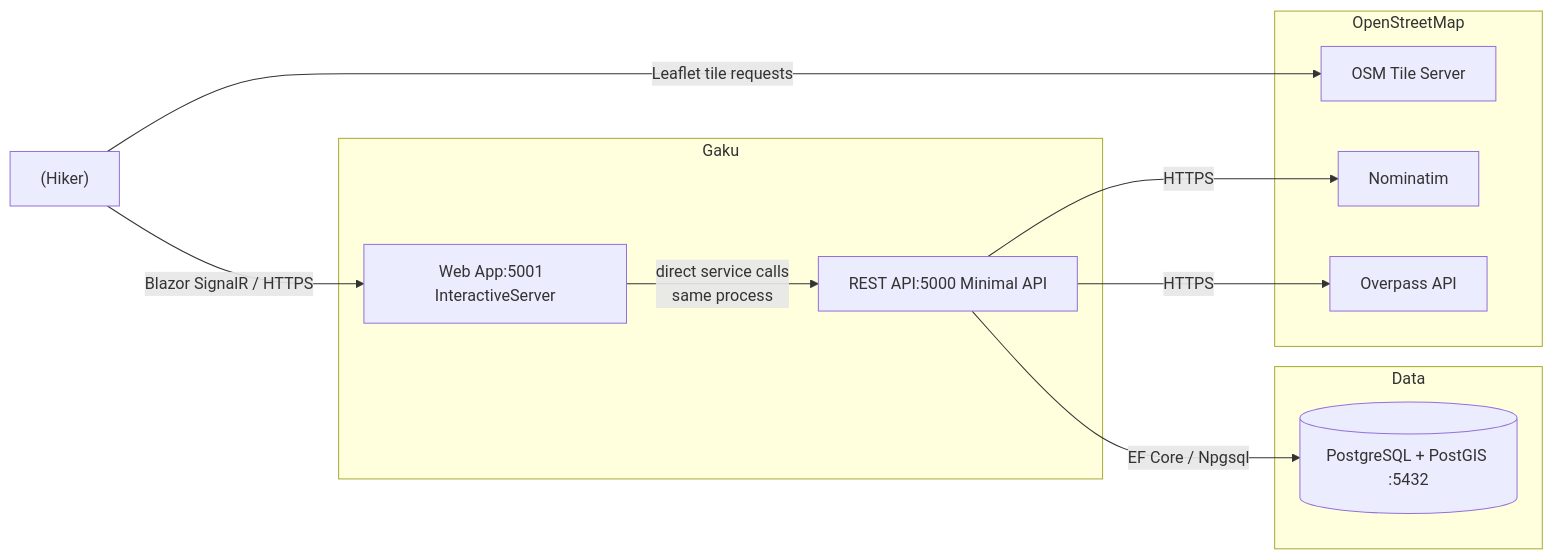
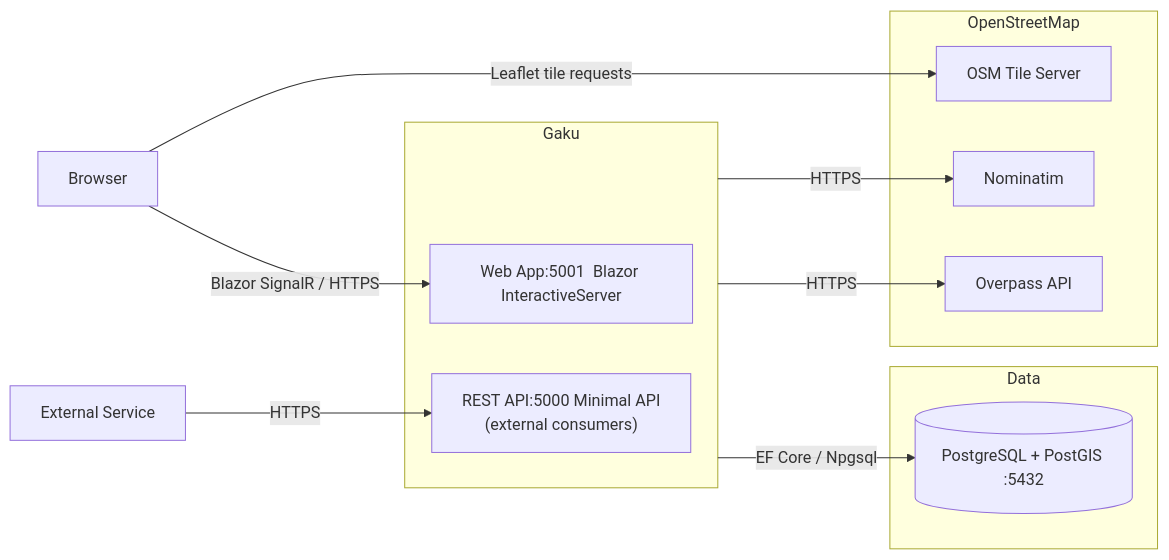
Before and after one commit to tuannamtruong/Gaku: the second of 2 diagrams in docs/solution-architecture.md, drawn with Mermaid. The commit also changed other lines of this file, not shown here.

Commit message:
Update architecture document. Communication of Gaku to external system.

````diff
--- a/docs/solution-architecture.md
+++ b/docs/solution-architecture.md
@@ -25,26 +24,27 @@
 ```mermaid
 graph LR
-  Browser["(Hiker)"]
+  Browser["Browser"]
+  Service["External Service"]
 
   subgraph GakuSystem["Gaku"]
-    Web["Web App:5001  InteractiveServer"]
-    API["REST API:5000  Minimal API"]
+    Web["Web App:5001  Blazor InteractiveServer"]
+    API["REST API:5000  Minimal API\n(external consumers)"]
   end
 
   subgraph Data["Data"]
     PG[("PostgreSQL + PostGIS :5432")]
   end
 
   subgraph OSM["OpenStreetMap"]
     Tiles["OSM Tile Server"]
     Nom["Nominatim"]
     Over["Overpass API"]
   end
 
   Browser -->|"Blazor SignalR / HTTPS"| Web
   Browser -->|"Leaflet tile requests"| Tiles
-  Web -->|"direct service calls\nsame process"| API
-  API -->|"EF Core / Npgsql"| PG
-  API -->|"HTTPS"| Nom
-  API -->|"HTTPS"| Over
+  Service -->|"HTTPS"| API
+  GakuSystem -->|"EF Core / Npgsql"| PG
+  GakuSystem -->|"HTTPS"| Nom
+  GakuSystem -->|"HTTPS"| Over
 ```
````
